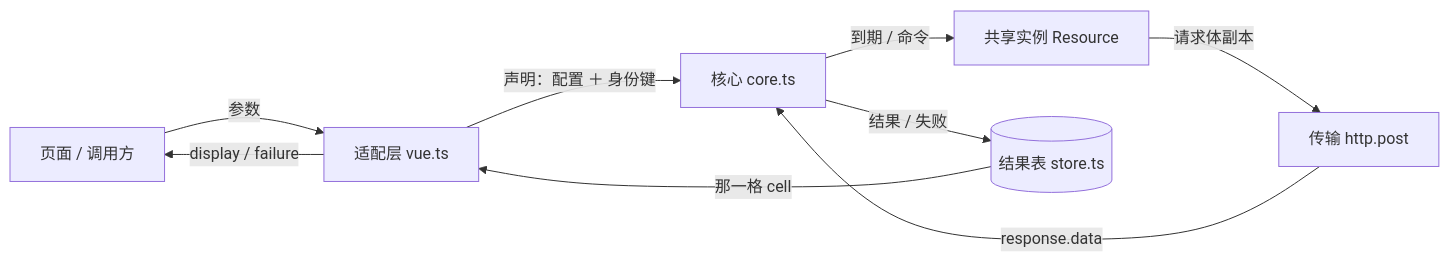
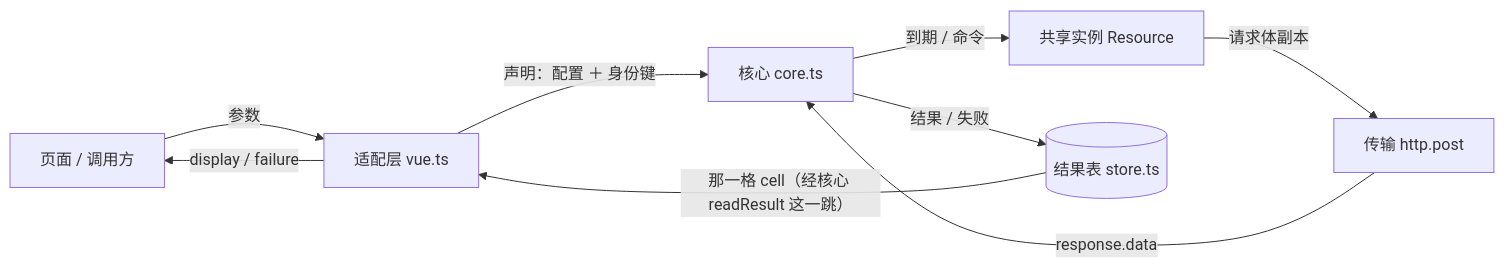
The second of 4 diagrams in DESIGN.md (anjing0524/vue-refresh), drawn with Mermaid before and after one commit. The commit also changed other lines of this file and 2 other files, not shown here.

Commit message:
DESIGN 修文档与图错误：删 §1.3 重复块、对齐失效引用与计数、四张图改对入口与分岔（ADR-119）

````diff
--- a/DESIGN.md
+++ b/DESIGN.md
@@ -184,11 +165,11 @@
 ```mermaid
 flowchart LR
   Page["页面 / 调用方"] -->|"参数"| Adapter["适配层 vue.ts"]
   Adapter -->|"声明：配置 ＋ 身份键"| Core["核心 core.ts"]
   Core -->|"到期 / 命令"| Shared["共享实例 Resource"]
   Shared -->|"请求体副本"| Http["传输 http.post"]
   Http -->|"response.data"| Core
   Core -->|"结果 / 失败"| Table[("结果表 store.ts")]
-  Table -->|"那一格 cell"| Adapter
+  Table -->|"那一格 cell（经核心 readResult 这一跳）"| Adapter
   Adapter -->|"display / failure"| Page
 ```
````
